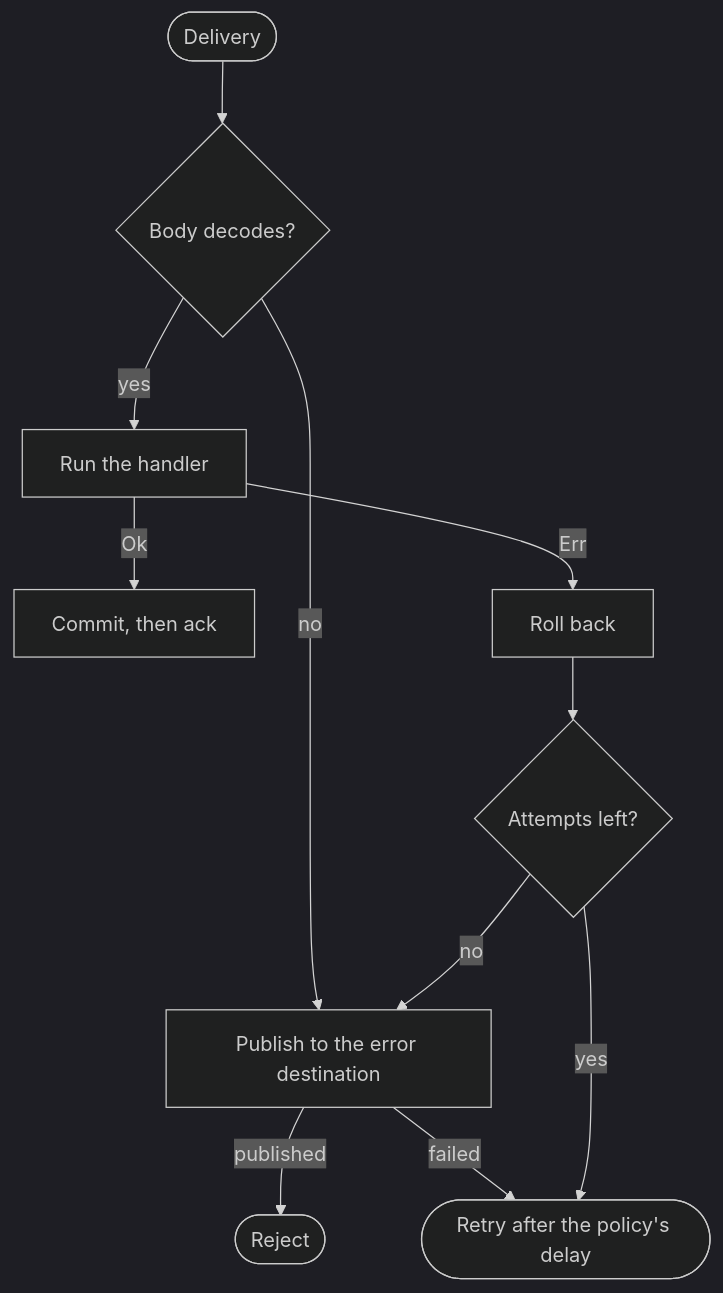
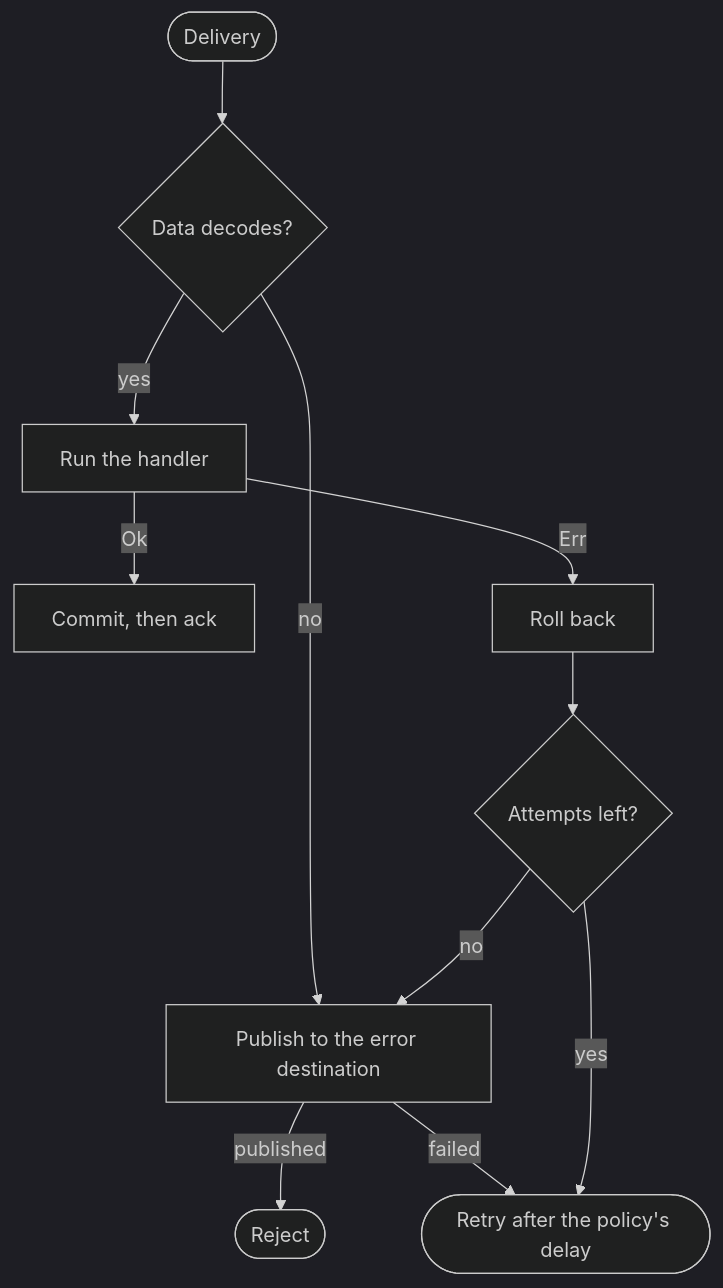
Before and after one commit to sisaio/sisa-messaging-rs: the fourth of 5 diagrams in docs/02-flows.md, drawn with Mermaid (dark theme). The commit also changed other lines of this file and 4 other files, not shown here.

````diff
--- a/docs/02-flows.md
+++ b/docs/02-flows.md
@@ -72,13 +72,13 @@
 ```mermaid
 flowchart TD
-    delivery([Delivery]) --> decode{Body decodes?}
+    delivery([Delivery]) --> decode{Data decodes?}
     decode -->|no| error[Publish to the error destination]
     error -->|published| reject([Reject])
     error -->|failed| retry
     decode -->|yes| handle[Run the handler]
     handle -->|Ok| commit[Commit, then ack]
     handle -->|Err| rollback[Roll back]
     rollback --> attempts{Attempts left?}
     attempts -->|yes| retry([Retry after the policy's delay])
     attempts -->|no| error
 ```
````
